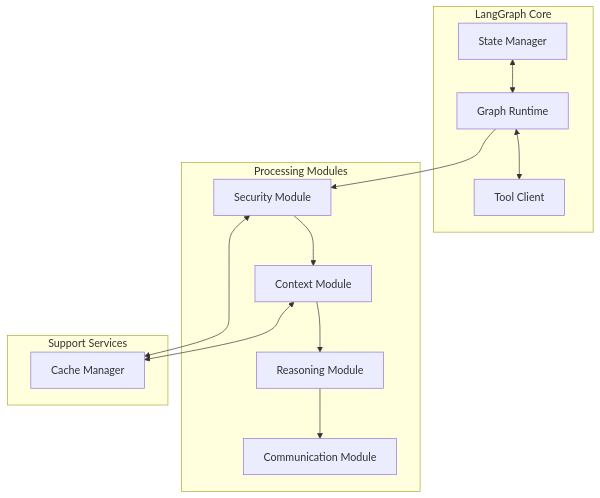
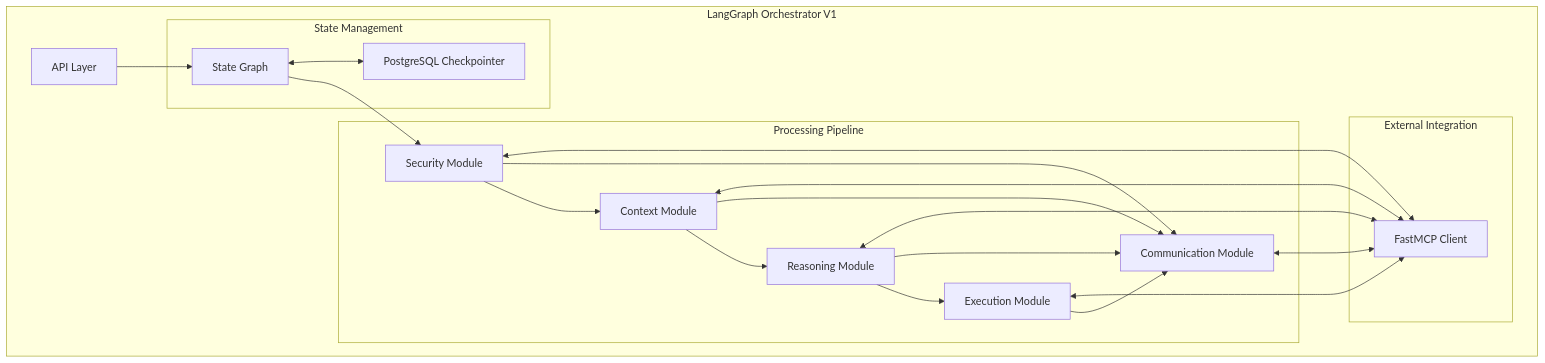
The fifth of 9 diagrams in readme.md (mcholismalik/aiva-eng-spec), drawn with Mermaid before and after one commit. The commit also changed other lines of this file, not shown here.

Commit message:
update spec add mcp prompts as plug for langgraph with HITL mode, langgraph should include execution node for hitl handling

````diff
--- a/readme.md
+++ b/readme.md
@@ -448,29 +536,40 @@
 ```mermaid
 graph TB
-    subgraph "LangGraph Core"
-        ST[State Manager]
-        GR[Graph Runtime]
-        TC[Tool Client]
+    subgraph "LangGraph Orchestrator V1"
+        API[API Layer]
+        
+        subgraph "State Management"
+            ST[State Graph]
+            CP[PostgreSQL Checkpointer]
+        end
+        
+        subgraph "Processing Pipeline"
+            SEC[Security Module]
+            CTX[Context Module]
+            RSN[Reasoning Module]
+            EXE[Execution Module]
+            COM[Communication Module]
+        end
+        
+        subgraph "External Integration"
+            MCP[FastMCP Client]
+        end
     end
     
-    subgraph "Processing Modules"
-        SEC[Security Module]
-        CTX[Context Module]
-        RSN[Reasoning Module]
-        COM[Communication Module]
-    end
+    API --> ST
+    ST --> SEC
+    SEC --> CTX
+    SEC --> COM
+    CTX --> RSN
+    CTX --> COM
+    RSN --> EXE
+    RSN --> COM
+    EXE --> COM
     
-    subgraph "Support Services"
-        CACHE[Cache Manager]
-    end
-    
-    ST <--> GR
-    GR <--> TC
-    GR --> SEC
-    SEC --> CTX
-    CTX --> RSN
-    RSN --> COM
-    
-    SEC <--> CACHE
-    CTX <--> CACHE
+    ST <--> CP
+    SEC <--> MCP
+    CTX <--> MCP
+    RSN <--> MCP
+    EXE <--> MCP
+    COM <--> MCP
 ```
````
